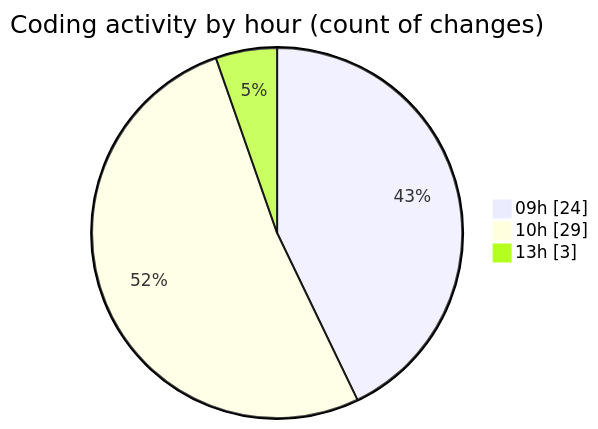
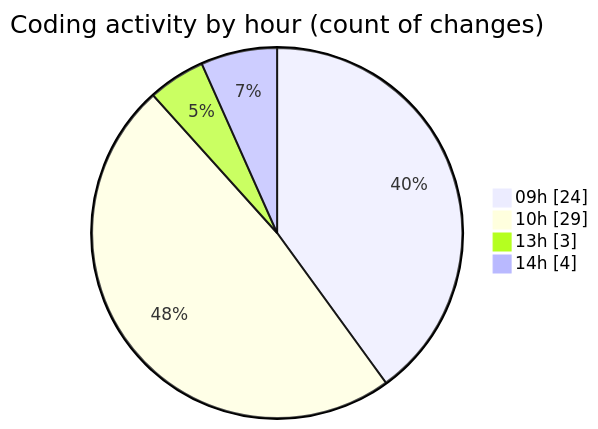
The second of 2 diagrams in 2025-05-08/myws__workspace_/README.md (MatusMokan/code-tracking), drawn with Mermaid before and after one commit. The commit also changed other lines of this file and 1 other file, not shown here.

````diff
--- a/2025-05-08/myws__workspace_/README.md
+++ b/2025-05-08/myws__workspace_/README.md
@@ -31,7 +31,8 @@
 ```mermaid
 pie showData
 title Coding activity by hour (count of changes)
 "09h" : 24
 "10h" : 29
 "13h" : 3
+"14h" : 4
 ```
````
